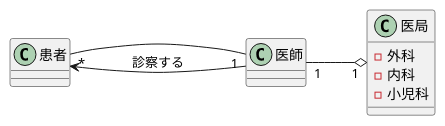
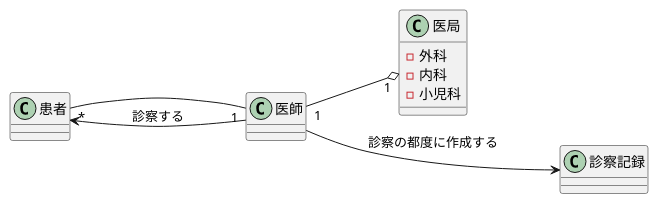
One commit to Skypeace8585/uml-introduction changed the diagram in 演習3-2_CL_医師と患者と医局と診療記録.pu. Above: the diagram before and after it, drawn with PlantUML. The commit also changed 7 other files, not shown here.

```diff
--- a/演習3-2_CL_医師と患者と医局と診療記録.pu
+++ b/演習3-2_CL_医師と患者と医局と診療記録.pu
@@ -1,16 +1,19 @@
-@startuml
+@startuml 3-2
 left to right direction
 class 医局{
     - 外科
     - 内科
     - 小児科
 }
 class 患者{
 }
 class 医師{
 }
+class 診察記録 {
+
+}
 医師-->患者:診察する
 医師 "1" --o "1" 医局
 医師 "1" --up- "*" 患者
-
+医師 ---> 診察記録:診察の都度に作成する
 @enduml
```
